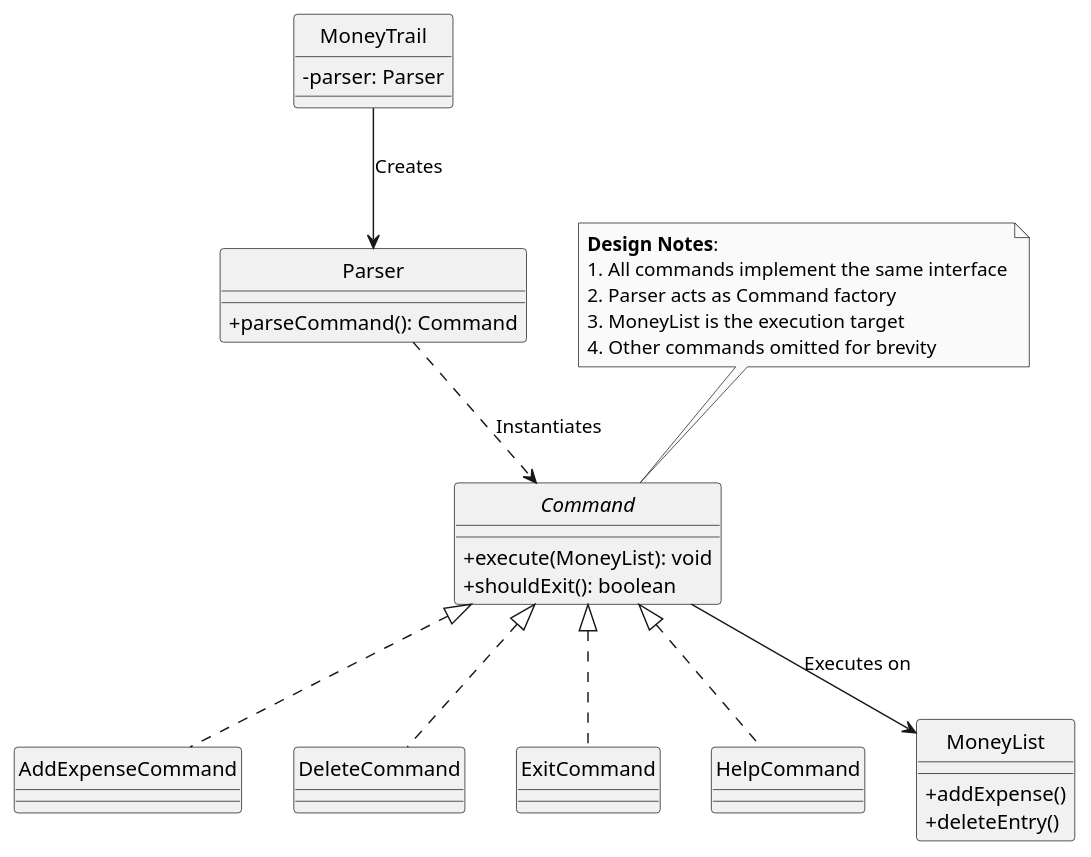
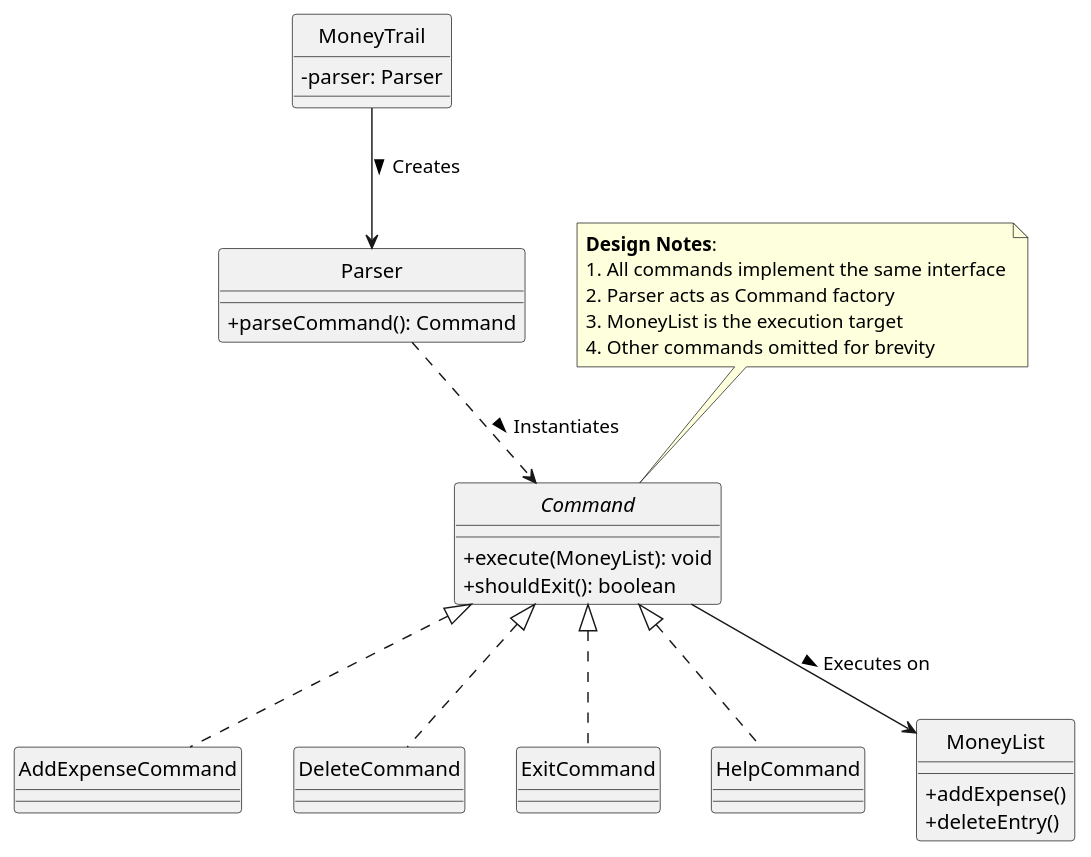
Before and after one commit to EdwinTun98/tp: the diagram in docs/diagrams/Command_Class.puml, drawn with PlantUML. The commit also changed 10 other files, not shown here.

Commit message:
Added association arrows in all class diagrams

```diff
--- a/docs/diagrams/Command_Class.puml
+++ b/docs/diagrams/Command_Class.puml
@@ -1,44 +1,43 @@
 @startuml Command_Relationships
-skinparam monochrome true
 hide circle
 skinparam classAttributeIconSize 0
 
 interface Command {
   + execute(MoneyList): void
   + shouldExit(): boolean
 }
 
 ' Core Relationships
 Command <|.. AddExpenseCommand
 Command <|.. DeleteCommand
 Command <|.. ExitCommand
 Command <|.. HelpCommand
 ' ... (other commands omitted for brevity)
 
 class Parser {
   + parseCommand(): Command
 }
 
 class MoneyTrail {
   - parser: Parser
 }
 
 class MoneyList {
   + addExpense()
   + deleteEntry()
   ' ... (other operations)
 }
 
 ' Key Connections
-MoneyTrail --> Parser : Creates
-Parser ..> Command : Instantiates
-Command --> MoneyList : Executes on
+MoneyTrail --> Parser : Creates >
+Parser ..> Command : Instantiates >
+Command --> MoneyList : Executes on >
 
 note top of Command
   **Design Notes**:
   1. All commands implement the same interface
   2. Parser acts as Command factory
   3. MoneyList is the execution target
   4. Other commands omitted for brevity
 end note
 @enduml
```
